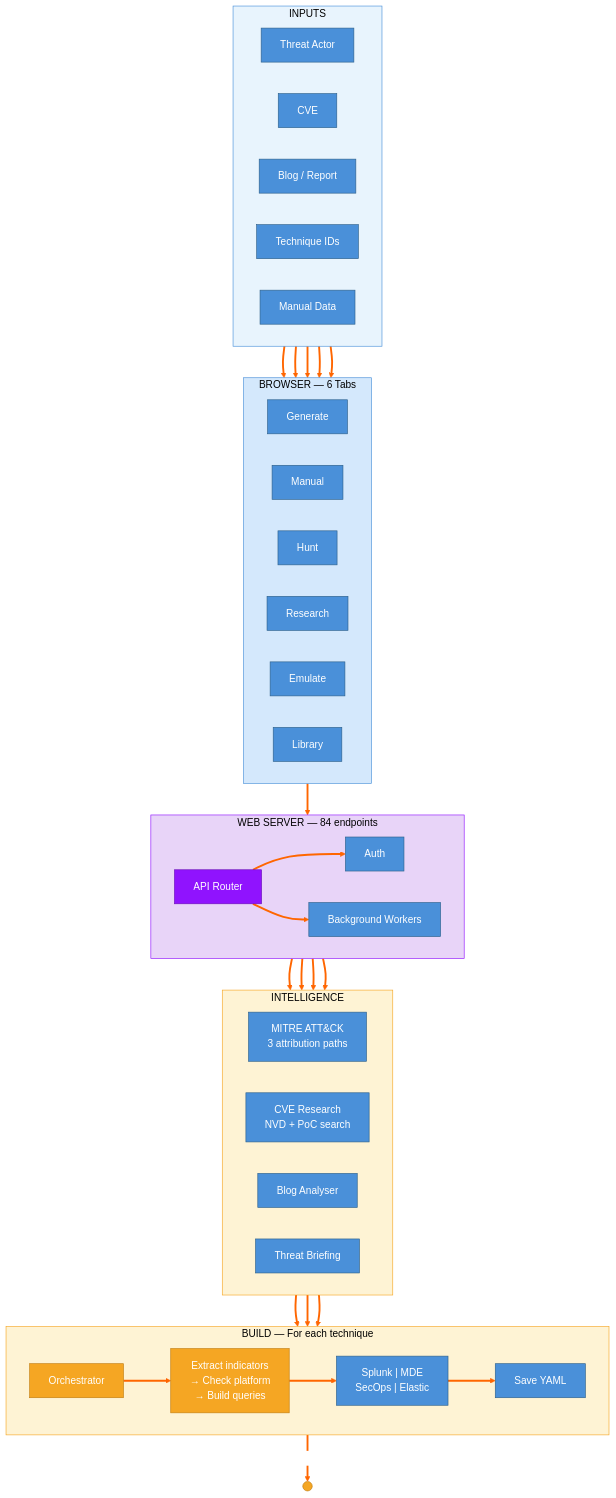
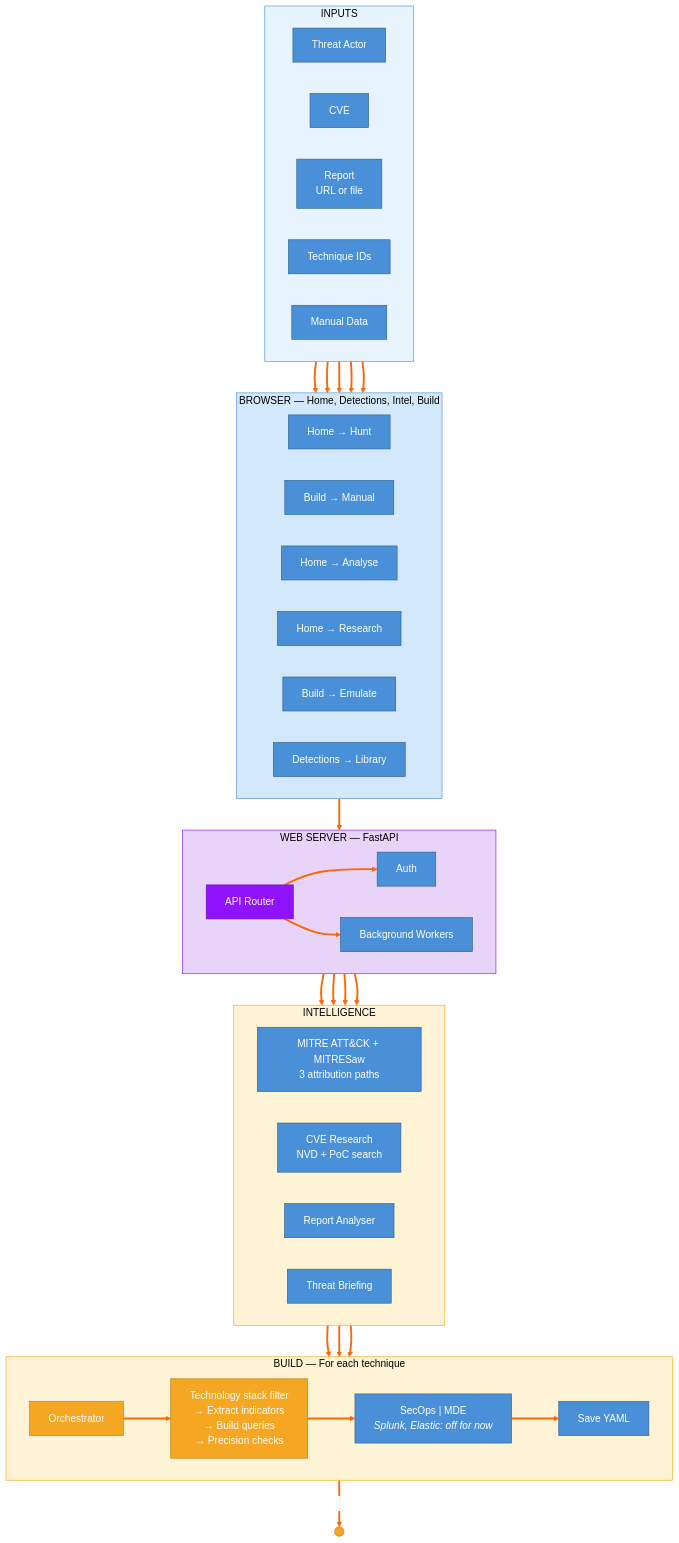
One commit to cmdaltr/shikari changed the first of 13 diagrams in docs/architecture/mermaid/MERMAID_DIAGRAMS.md. Above: the diagram before and after it, drawn with Mermaid. The commit also changed other lines of this file and 61 other files, not shown here.

````diff
--- a/docs/architecture/mermaid/MERMAID_DIAGRAMS.md
+++ b/docs/architecture/mermaid/MERMAID_DIAGRAMS.md
@@ -14,75 +14,75 @@
 ```mermaid
 %%{init: {'theme': 'base', 'themeVariables': {'lineColor': '#ff6600', 'edgeLabelBackground': '#ffffff', 'primaryColor': '#4a90d9', 'primaryTextColor': '#ffffff', 'primaryBorderColor': '#2c5f8a', 'secondaryColor': '#e8e8e8', 'tertiaryColor': '#f5f5f5', 'clusterBkg': '#f0f0f0', 'clusterBorder': '#999999', 'titleColor': '#000000', 'nodeTextColor': '#000000', 'background': '#ffffff'}}}%%
 flowchart TD
     subgraph INPUTS ["INPUTS"]
         direction LR
         IN_GROUP["Threat Actor"]
         IN_CVE["CVE"]
-        IN_BLOG["Blog / Report"]
+        IN_BLOG["Report<br/>URL or file"]
         IN_TECH["Technique IDs"]
         IN_MANUAL["Manual Data"]
     end
 
-    subgraph UI ["BROWSER — 6 Tabs"]
+    subgraph UI ["BROWSER — Home, Detections, Intel, Build"]
         direction LR
-        TAB_GEN["Generate"]
-        TAB_MANUAL["Manual"]
-        TAB_HUNT["Hunt"]
-        TAB_RESEARCH["Research"]
-        TAB_EMULATE["Emulate"]
-        TAB_LIBRARY["Library"]
+        TAB_GEN["Home → Hunt"]
+        TAB_MANUAL["Build → Manual"]
+        TAB_HUNT["Home → Analyse"]
+        TAB_RESEARCH["Home → Research"]
+        TAB_EMULATE["Build → Emulate"]
+        TAB_LIBRARY["Detections → Library"]
     end
 
-    subgraph SERVER ["WEB SERVER — 84 endpoints"]
+    subgraph SERVER ["WEB SERVER — FastAPI"]
         direction LR
         API["API Router"]
         AUTH["Auth"]
         BG["Background Workers"]
     end
 
     subgraph INTEL ["INTELLIGENCE"]
         direction LR
-        MITRE["MITRE ATT&CK<br/>3 attribution paths"]
+        MITRE["MITRE ATT&CK + MITRESaw<br/>3 attribution paths"]
         CVE_R["CVE Research<br/>NVD + PoC search"]
-        BLOG_A["Blog Analyser"]
+        BLOG_A["Report Analyser"]
         BRIEF["Threat Briefing"]
     end
 
     subgraph BUILD ["BUILD — For each technique"]
         direction LR
         ORCH["Orchestrator"]
-        COMPILE["Extract indicators<br/>→ Check platform<br/>→ Build queries"]
-        VENDORS["Splunk | MDE<br/>SecOps | Elastic"]
+        COMPILE["Technology stack filter<br/>→ Extract indicators<br/>→ Build queries<br/>→ Precision checks"]
+        VENDORS["SecOps | MDE<br/><i>Splunk, Elastic: off for now</i>"]
         YAML_OUT["Save YAML"]
         ORCH --> COMPILE --> VENDORS --> YAML_OUT
     end
 
-    IN_GROUP & IN_CVE & IN_BLOG --> TAB_GEN
-    IN_TECH --> TAB_HUNT
+    IN_GROUP & IN_CVE & IN_TECH --> TAB_GEN
+    IN_BLOG --> TAB_HUNT
     IN_MANUAL --> TAB_MANUAL
 
     UI --> SERVER
     API --> AUTH
     API --> BG
 
     BG --> MITRE & CVE_R & BLOG_A & BRIEF
     MITRE & CVE_R & BLOG_A --> ORCH
 
     YAML_OUT ==>|"To Part B"| CONTINUE((" "))
 
     style INPUTS fill:#e8f4fd,stroke:#4a90d9
     style UI fill:#d4e8fc,stroke:#4a90d9
     style SERVER fill:#e8d4f8,stroke:#9013fe
     style INTEL fill:#fef3d4,stroke:#f5a623
     style BUILD fill:#fef3d4,stroke:#f5a623
     style IN_GROUP fill:#4a90d9,stroke:#2c5f8a,color:#fff
     style IN_CVE fill:#4a90d9,stroke:#2c5f8a,color:#fff
     style IN_BLOG fill:#4a90d9,stroke:#2c5f8a,color:#fff
     style IN_TECH fill:#4a90d9,stroke:#2c5f8a,color:#fff
     style IN_MANUAL fill:#4a90d9,stroke:#2c5f8a,color:#fff
     style API fill:#9013fe,stroke:#6b0fb8,color:#fff
     style ORCH fill:#f5a623,stroke:#c17d10,color:#fff
     style COMPILE fill:#f5a623,stroke:#c17d10,color:#fff
     style CONTINUE fill:#f5a623,stroke:#c17d10,color:#fff
     linkStyle default stroke:#ff6600,stroke-width:3px
 ```
````
